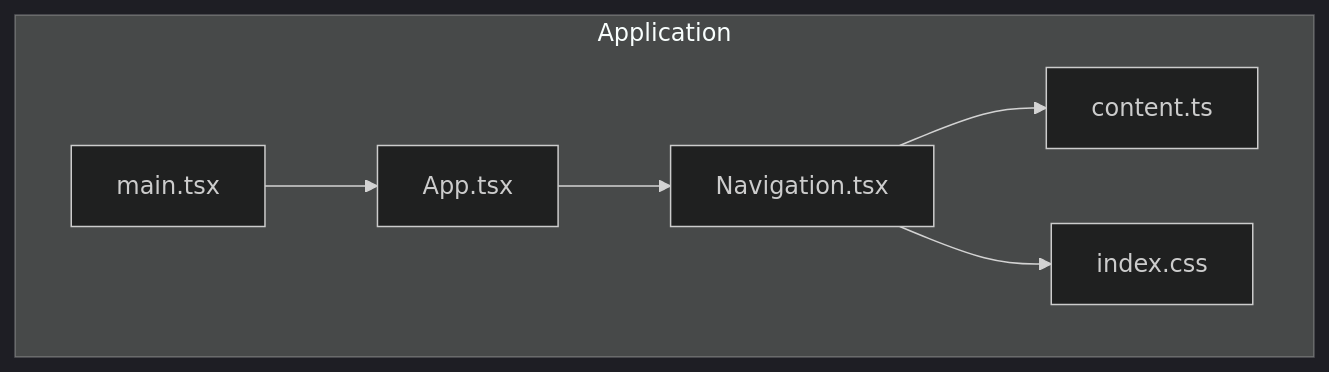
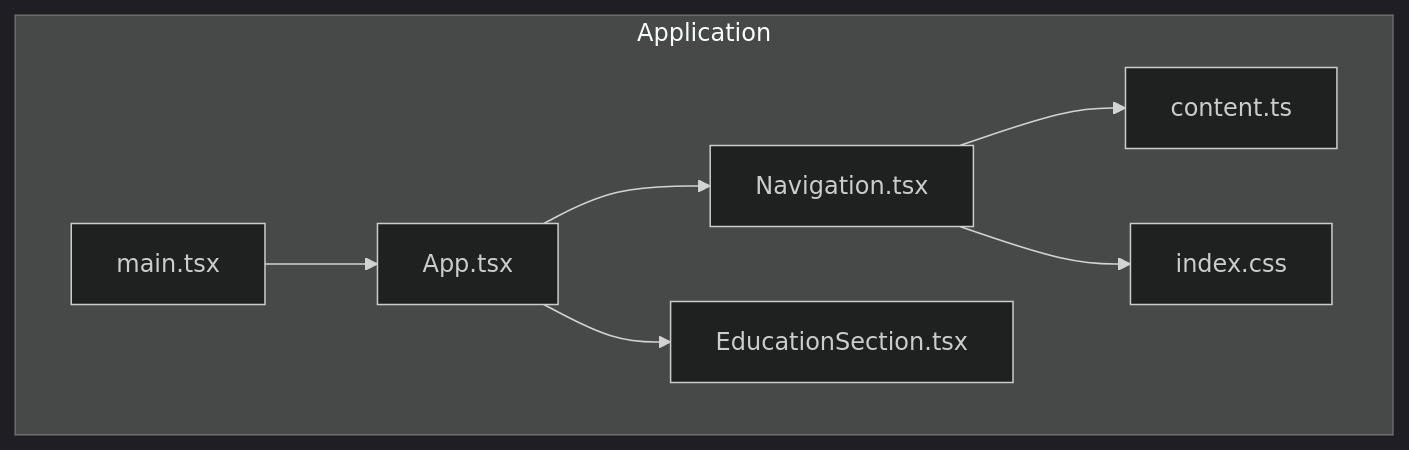
The first of 7 diagrams in .qoder/repowiki/en/content/Component Library & UI Elements/Navigation Component.md (subash7781/Portfolio), drawn with Mermaid (dark theme) before and after one commit. The commit also changed other lines of this file and 5 other files, not shown here.

````diff
--- a/.qoder/repowiki/en/content/Component Library & UI Elements/Navigation Component.md
+++ b/.qoder/repowiki/en/content/Component Library & UI Elements/Navigation Component.md
@@ -31,14 +39,16 @@
 ```mermaid
 graph TB
 subgraph "Application"
 App["App.tsx"]
 Nav["Navigation.tsx"]
 Content["content.ts"]
+Education["EducationSection.tsx"]
 CSS["index.css"]
 Main["main.tsx"]
 end
 App --> Nav
+App --> Education
 Nav --> Content
 Nav --> CSS
 Main --> App
 ```
````
